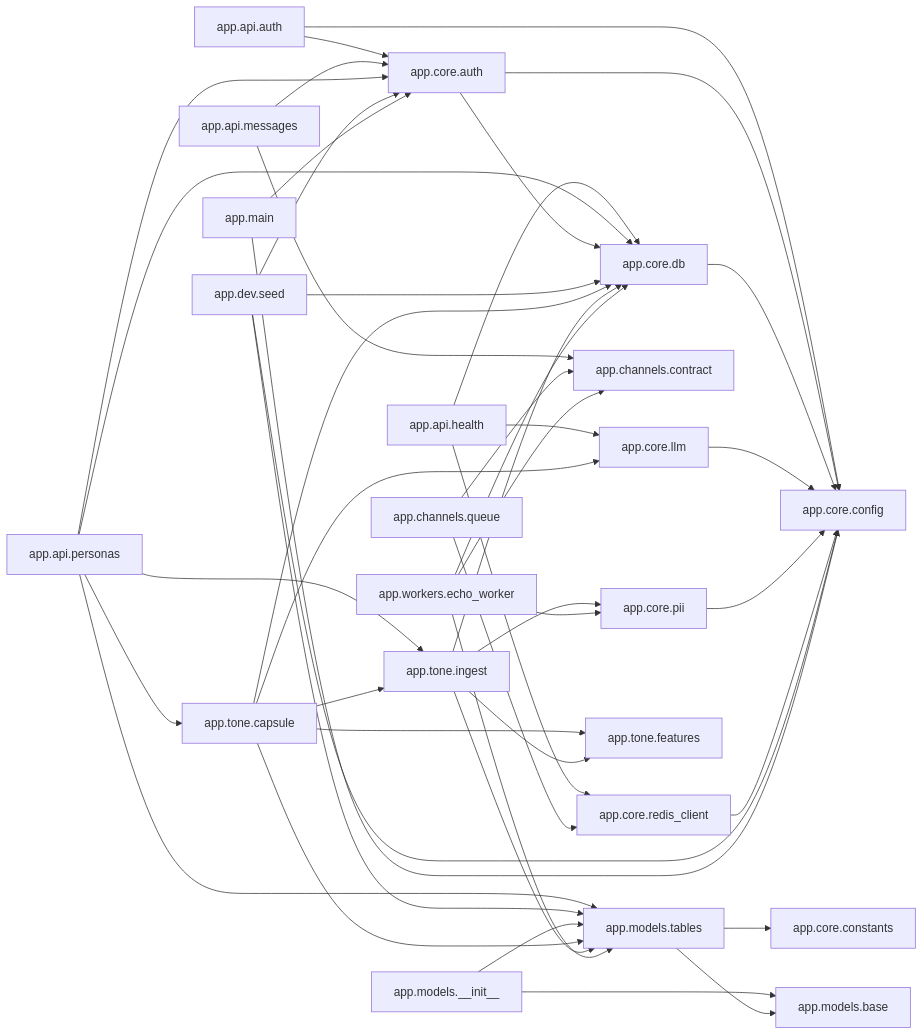
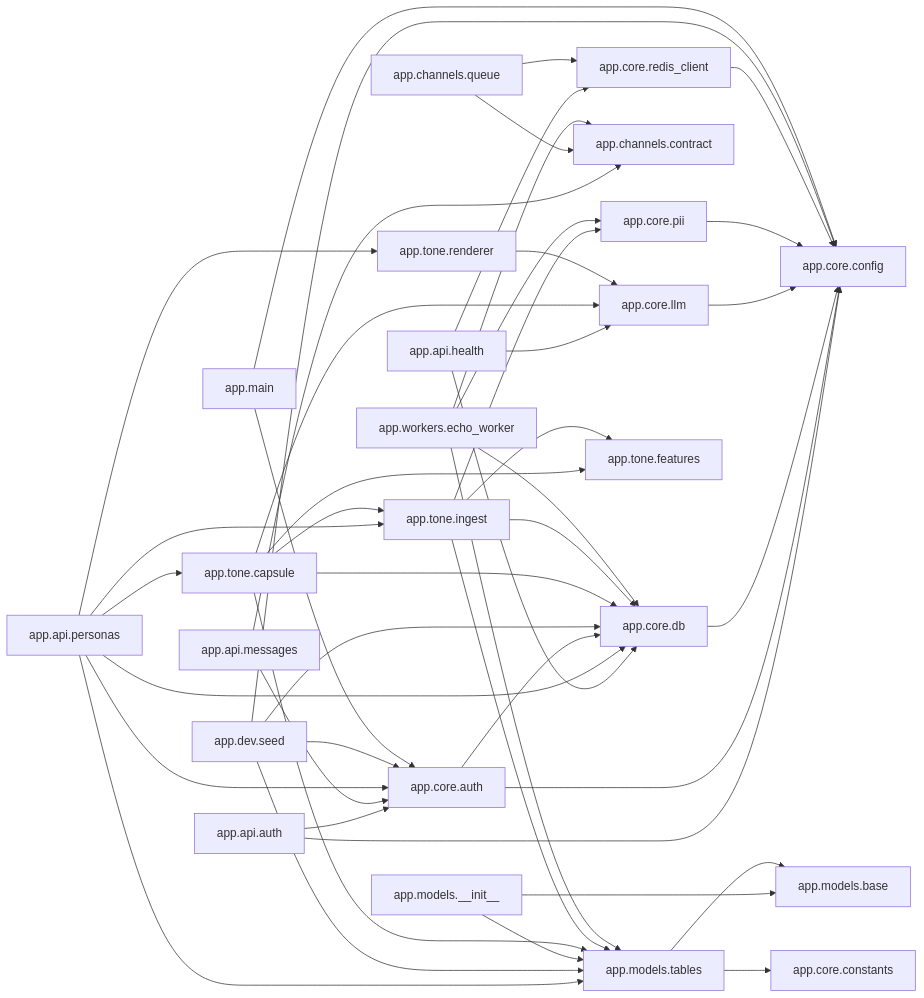
One commit to abhisheksharma001/Vachan-ai changed the diagram in docs/wiki/CODEMAP.md. Above: the diagram before and after it, drawn with Mermaid. The commit also changed other lines of this file and 3 other files, not shown here.

````diff
--- a/docs/wiki/CODEMAP.md
+++ b/docs/wiki/CODEMAP.md
@@ -12,46 +12,48 @@
 ```mermaid
 graph LR
   app_api_auth[app.api.auth] --> app_core_auth[app.core.auth]
   app_api_auth[app.api.auth] --> app_core_config[app.core.config]
   app_api_health[app.api.health] --> app_core_db[app.core.db]
   app_api_health[app.api.health] --> app_core_llm[app.core.llm]
   app_api_health[app.api.health] --> app_core_redis_client[app.core.redis_client]
   app_api_messages[app.api.messages] --> app_channels_contract[app.channels.contract]
   app_api_messages[app.api.messages] --> app_core_auth[app.core.auth]
   app_api_personas[app.api.personas] --> app_core_auth[app.core.auth]
   app_api_personas[app.api.personas] --> app_core_db[app.core.db]
   app_api_personas[app.api.personas] --> app_models_tables[app.models.tables]
   app_api_personas[app.api.personas] --> app_tone_capsule[app.tone.capsule]
   app_api_personas[app.api.personas] --> app_tone_ingest[app.tone.ingest]
+  app_api_personas[app.api.personas] --> app_tone_renderer[app.tone.renderer]
   app_channels_queue[app.channels.queue] --> app_channels_contract[app.channels.contract]
   app_channels_queue[app.channels.queue] --> app_core_redis_client[app.core.redis_client]
   app_core_auth[app.core.auth] --> app_core_config[app.core.config]
   app_core_auth[app.core.auth] --> app_core_db[app.core.db]
   app_core_db[app.core.db] --> app_core_config[app.core.config]
   app_core_llm[app.core.llm] --> app_core_config[app.core.config]
   app_core_pii[app.core.pii] --> app_core_config[app.core.config]
   app_core_redis_client[app.core.redis_client] --> app_core_config[app.core.config]
   app_dev_seed[app.dev.seed] --> app_core_auth[app.core.auth]
   app_dev_seed[app.dev.seed] --> app_core_config[app.core.config]
   app_dev_seed[app.dev.seed] --> app_core_db[app.core.db]
   app_dev_seed[app.dev.seed] --> app_models_tables[app.models.tables]
   app_main[app.main] --> app_core_auth[app.core.auth]
   app_main[app.main] --> app_core_config[app.core.config]
   app_models___init__[app.models.__init__] --> app_models_base[app.models.base]
   app_models___init__[app.models.__init__] --> app_models_tables[app.models.tables]
   app_models_tables[app.models.tables] --> app_core_constants[app.core.constants]
   app_models_tables[app.models.tables] --> app_models_base[app.models.base]
   app_tone_capsule[app.tone.capsule] --> app_core_db[app.core.db]
   app_tone_capsule[app.tone.capsule] --> app_core_llm[app.core.llm]
   app_tone_capsule[app.tone.capsule] --> app_models_tables[app.models.tables]
   app_tone_capsule[app.tone.capsule] --> app_tone_features[app.tone.features]
   app_tone_capsule[app.tone.capsule] --> app_tone_ingest[app.tone.ingest]
   app_tone_ingest[app.tone.ingest] --> app_core_db[app.core.db]
   app_tone_ingest[app.tone.ingest] --> app_core_pii[app.core.pii]
   app_tone_ingest[app.tone.ingest] --> app_models_tables[app.models.tables]
   app_tone_ingest[app.tone.ingest] --> app_tone_features[app.tone.features]
+  app_tone_renderer[app.tone.renderer] --> app_core_llm[app.core.llm]
   app_workers_echo_worker[app.workers.echo_worker] --> app_channels_contract[app.channels.contract]
   app_workers_echo_worker[app.workers.echo_worker] --> app_core_db[app.core.db]
   app_workers_echo_worker[app.workers.echo_worker] --> app_core_pii[app.core.pii]
   app_workers_echo_worker[app.workers.echo_worker] --> app_models_tables[app.models.tables]
 ```
````
